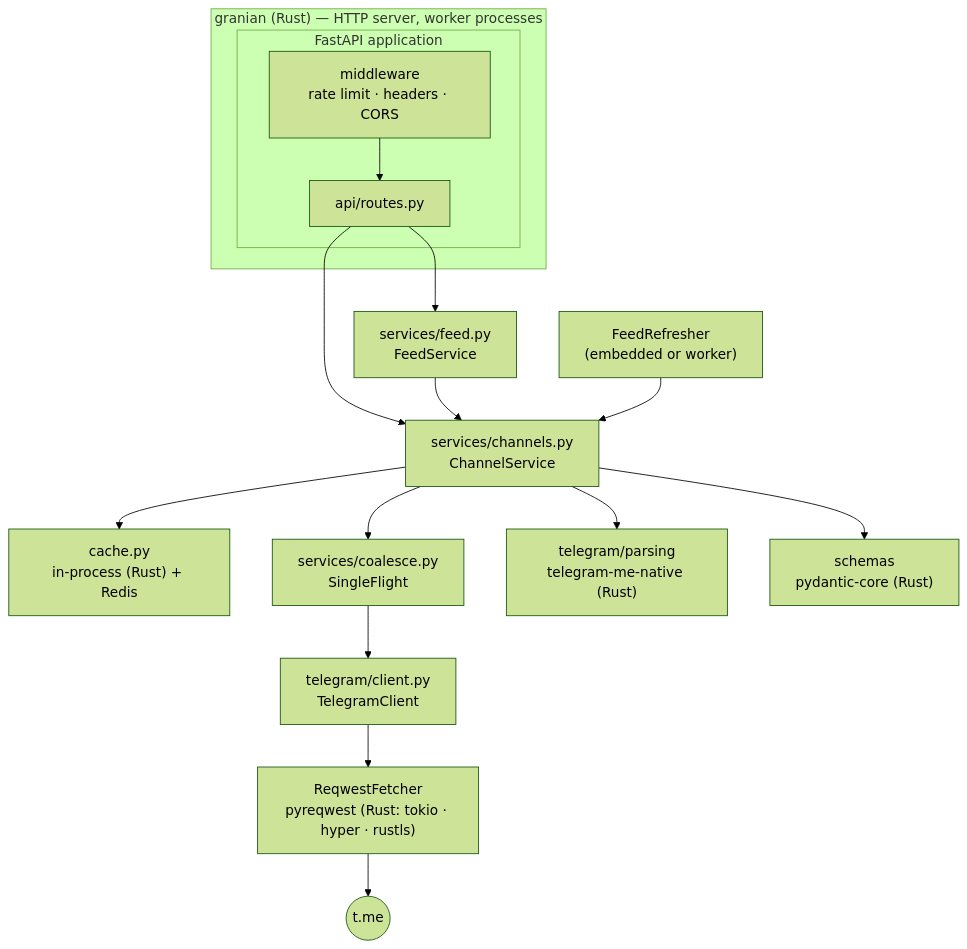
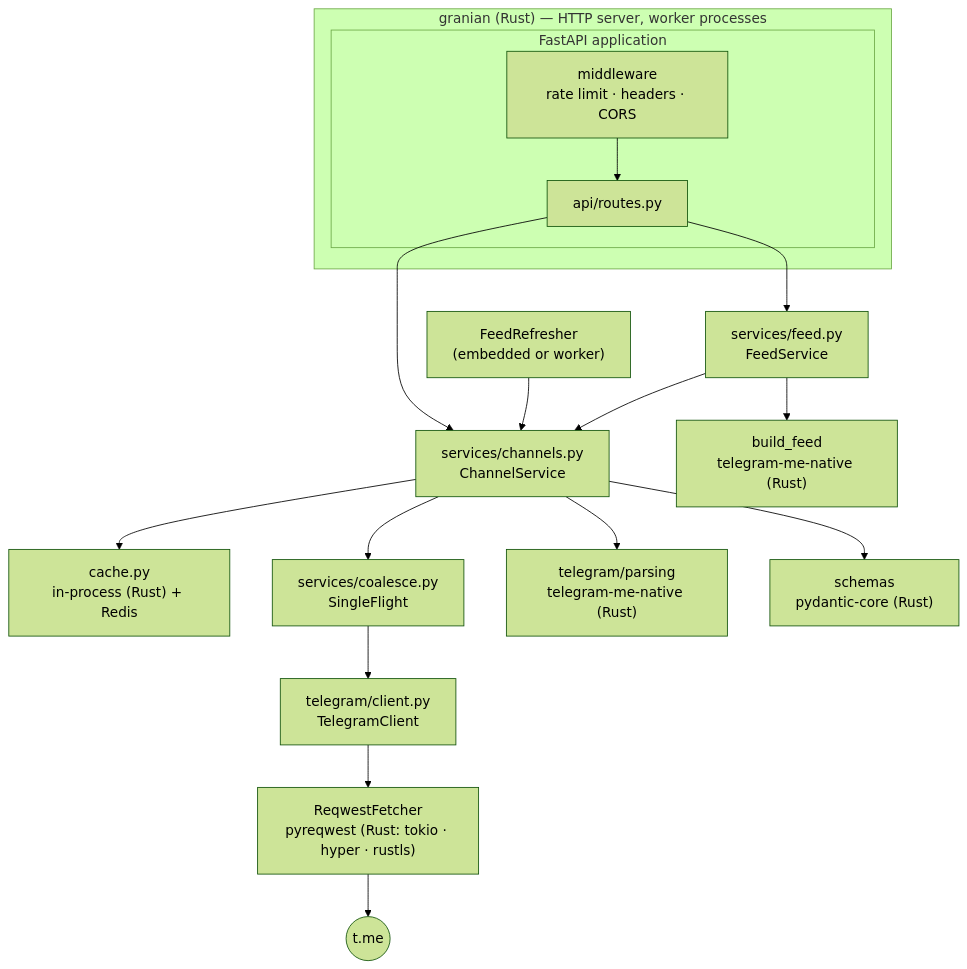
Before and after one commit to koval01/telegram-me: the diagram in docs/internals/architecture.md, drawn with Mermaid (forest theme). The commit also changed other lines of this file and 13 other files, not shown here.

First line of the commit message:
Document the Rust roadmap and the native feed

````diff
--- a/docs/internals/architecture.md
+++ b/docs/internals/architecture.md
@@ -9,21 +9,22 @@
 ```mermaid
 flowchart TB
     subgraph granian["granian (Rust) — HTTP server, worker processes"]
         subgraph app["FastAPI application"]
             MW["middleware<br/>rate limit · headers · CORS"]
             R["api/routes.py"]
             MW --> R
         end
     end
     R --> CS["services/channels.py<br/>ChannelService"]
     R --> FS["services/feed.py<br/>FeedService"]
     FS --> CS
     RF["FeedRefresher<br/>(embedded or worker)"] --> CS
     CS --> C["cache.py<br/>in-process (Rust) + Redis"]
     CS --> SF["services/coalesce.py<br/>SingleFlight"]
     SF --> TC["telegram/client.py<br/>TelegramClient"]
     TC --> F["ReqwestFetcher<br/>pyreqwest (Rust: tokio · hyper · rustls)"]
     F --> T(("t.me"))
     CS --> P["telegram/parsing<br/>telegram-me-native (Rust)"]
     CS --> V["schemas<br/>pydantic-core (Rust)"]
+    FS --> NF["build_feed<br/>telegram-me-native (Rust)"]
 ```
````
